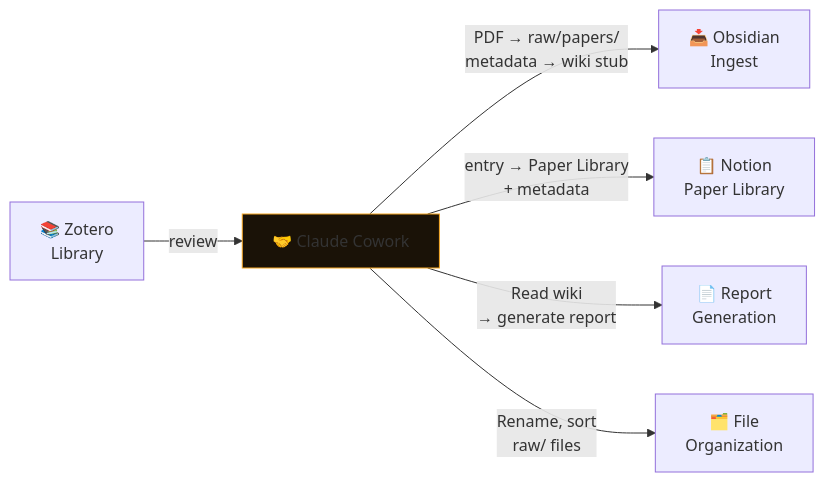
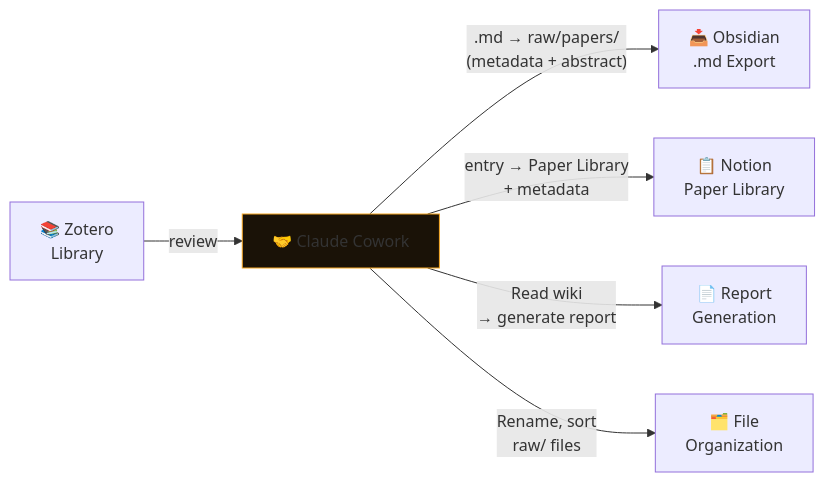
The sixth of 7 diagrams in README-en.md (omankz/Hermes-Agent---Claude-Cowork---Notion---Obsidian), drawn with Mermaid before and after one commit. The commit also changed other lines of this file, not shown here.

````diff
--- a/README-en.md
+++ b/README-en.md
@@ -703,12 +704,12 @@
 ```mermaid
 flowchart LR
     ZT["📚 Zotero\nLibrary"]
     CC["🤝 Claude Cowork"]
     ZT -->|"review"| CC
-    CC -->|"PDF → raw/papers/\nmetadata → wiki stub"| ACQ["📥 Obsidian\nIngest"]
+    CC -->|".md → raw/papers/\n(metadata + abstract)"| ACQ["📥 Obsidian\n.md Export"]
     CC -->|"entry → Paper Library\n+ metadata"| NT2["📋 Notion\nPaper Library"]
     CC -->|"Read wiki\n→ generate report"| REP["📄 Report\nGeneration"]
     CC -->|"Rename, sort\nraw/ files"| ORG["🗂️ File\nOrganization"]
 
     style CC fill:#1a1207,stroke:#f5a623
 ```
````
